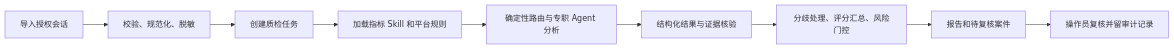
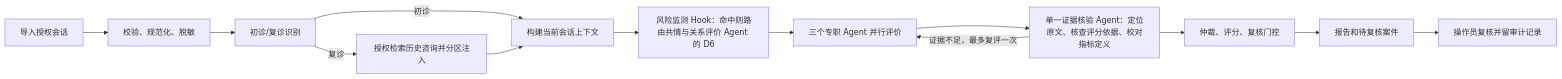
The diagram in README.md (poxuxuxux/Online-psychological-counseling-platform-doctor-service-quality-monitoring-agent), drawn with Mermaid before and after one commit. The commit also changed other lines of this file and 4 other files, not shown here.

````diff
--- a/README.md
+++ b/README.md
@@ -9,11 +9,15 @@
 ```mermaid
 flowchart LR
     A[导入授权会话] --> B[校验、规范化、脱敏]
-    B --> C[创建质检任务]
-    C --> D[加载指标 Skill 和平台规则]
-    D --> E[确定性路由与专职 Agent 分析]
-    E --> F[结构化结果与证据核验]
-    F --> G[分歧处理、评分汇总、风险门控]
-    G --> H[报告和待复核案件]
-    H --> I[操作员复核并留审计记录]
+    B --> C[初诊/复诊识别]
+    C -->|复诊| D[授权检索历史咨询并分区注入]
+    C -->|初诊| E[构建当前会话上下文]
+    D --> E
+    E --> F[风险监测 Hook：命中则路由共情与关系评价 Agent 的 D6]
+    F --> G[三个专职 Agent 并行评价]
+    G --> H[单一证据核验 Agent：定位原文、核查评分依据、校对指标定义]
+    H -->|证据不足，最多复评一次| G
+    H --> I[仲裁、评分、复核门控]
+    I --> J[报告和待复核案件]
+    J --> K[操作员复核并留审计记录]
 ```
````
